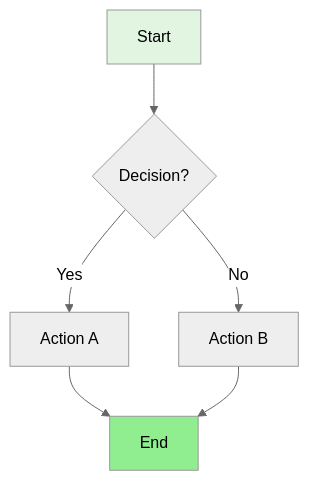
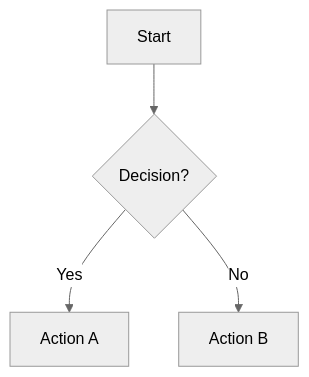
One commit to kv0906/pm-kit changed the first of 7 diagrams in skills/mermaid-diagrams/SKILL.md. Above: the diagram before and after it, drawn with Mermaid (neutral theme). The commit also changed other lines of this file and 50 other files, not shown here.

````diff
--- a/skills/mermaid-diagrams/SKILL.md
+++ b/skills/mermaid-diagrams/SKILL.md
@@ -44,11 +53,6 @@
 ```mermaid
 flowchart TD
     A[Start] --> B{Decision?}
     B -->|Yes| C[Action A]
     B -->|No| D[Action B]
-    C --> E[End]
-    D --> E
-
-    style A fill:#e1f5e1
-    style E fill:#90EE90
 ```
````
